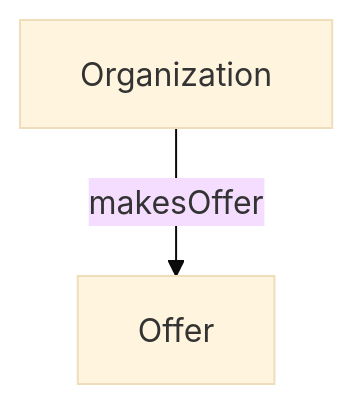
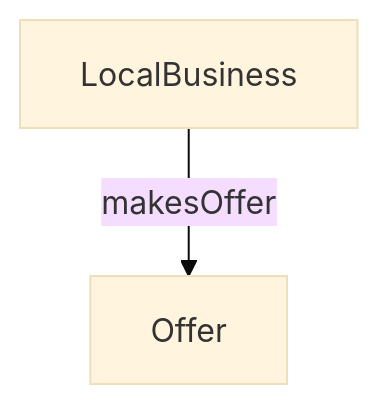
The first of 2 diagrams in docs/schemaArchiv/makesOffer.md (contentdesk/docs.contentdesk.io), drawn with Mermaid (base theme) before and after one commit. The commit also changed other lines of this file, not shown here.

Commit message:
Update makesOffer documentation; correct LocalBusiness reference and example organization

````diff
--- a/docs/schemaArchiv/makesOffer.md
+++ b/docs/schemaArchiv/makesOffer.md
@@ -18,4 +18,4 @@
 ``` mermaid
 graph TB
-  Organization --> |makesOffer| Offer
+  LocalBusiness --> |makesOffer| Offer
 ```
````
